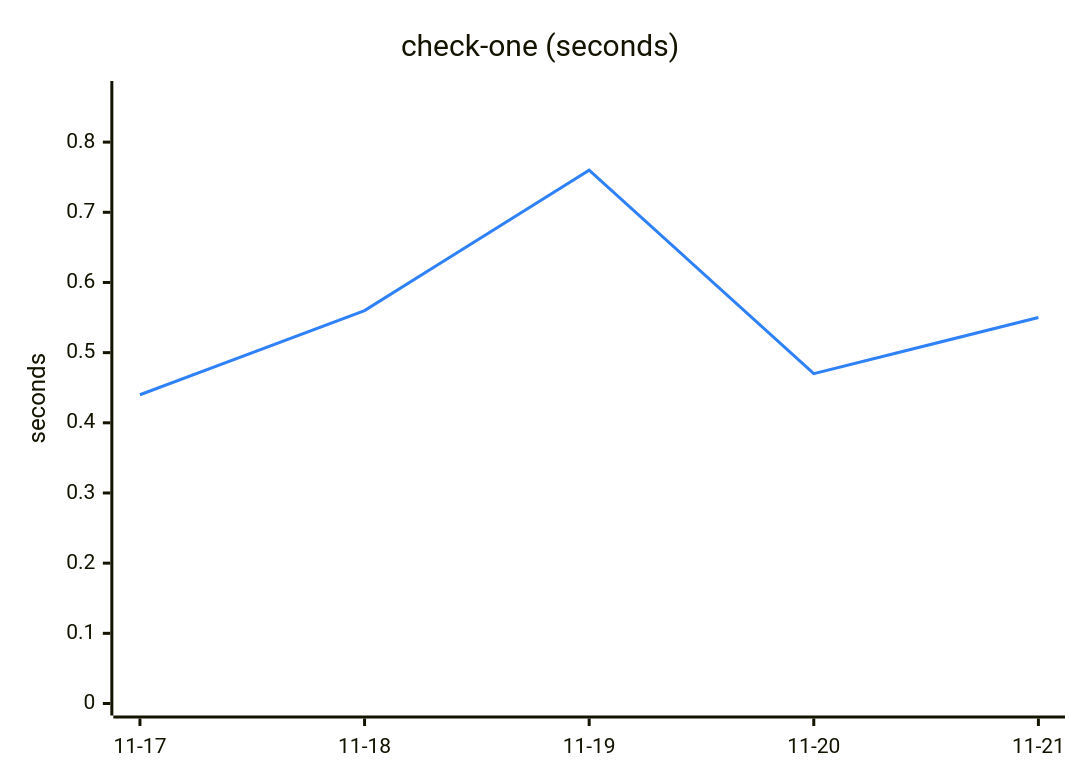
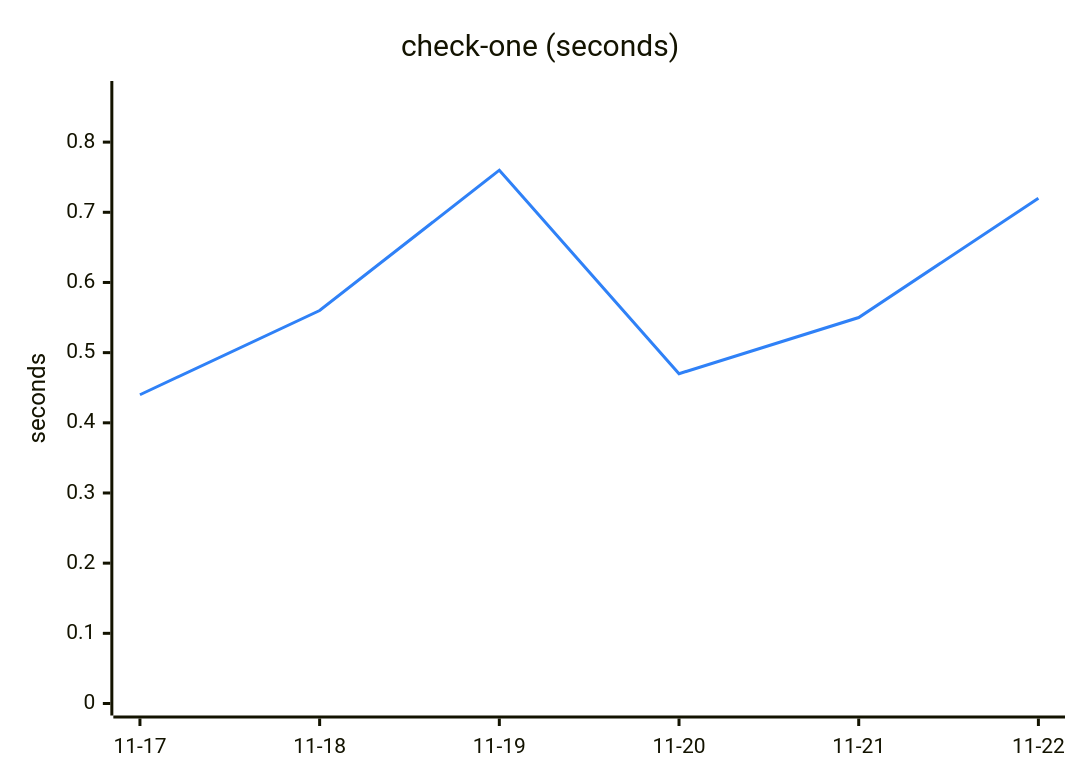
One commit to Ricovl/mxcli changed the fourth of 6 diagrams in TREND.md. Above: the diagram before and after it, drawn with Mermaid. The commit also changed other lines of this file and 2 other files, not shown here.

````diff
--- a/TREND.md
+++ b/TREND.md
@@ -97,13 +97,13 @@
 ```mermaid
 ---
 config:
   themeVariables:
     xyChart:
       plotColorPalette: "#2f81f7"
 ---
 xychart-beta
     title "check-one (seconds)"
-    x-axis ["11-17", "11-18", "11-19", "11-20", "11-21"]
+    x-axis ["11-17", "11-18", "11-19", "11-20", "11-21", "11-22"]
     y-axis "seconds" 0 --> 0.87
-    line [0.44, 0.56, 0.76, 0.47, 0.55]
+    line [0.44, 0.56, 0.76, 0.47, 0.55, 0.72]
 ```
````
